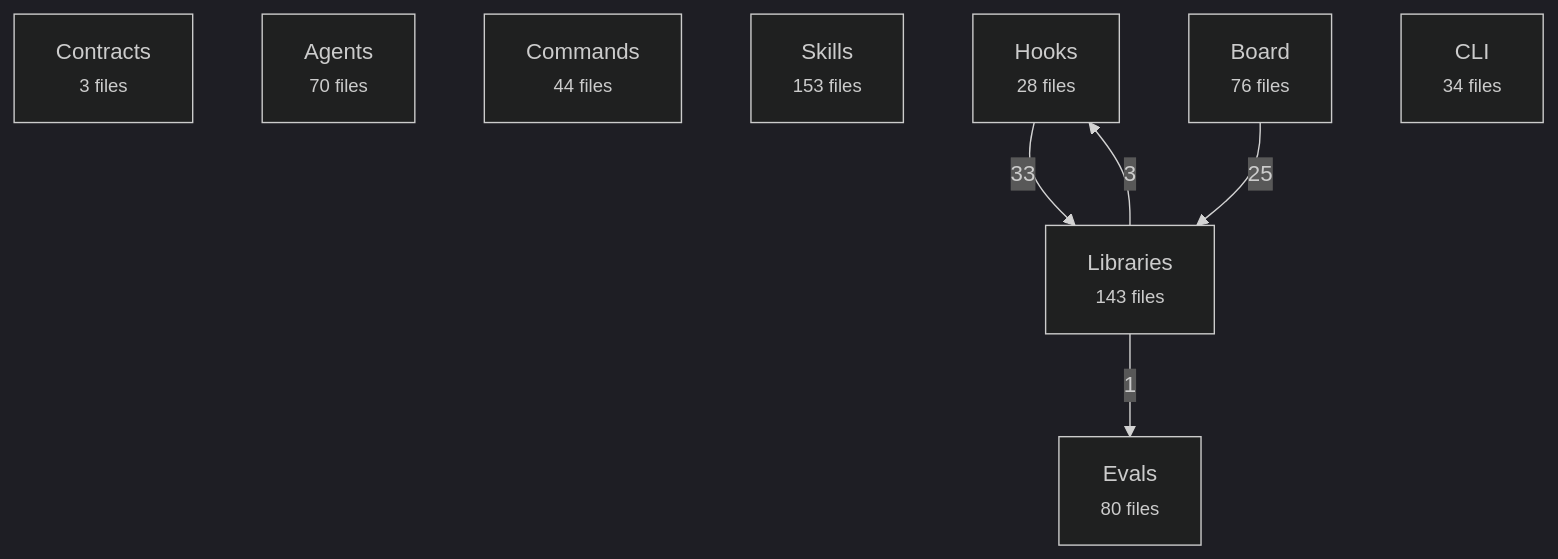
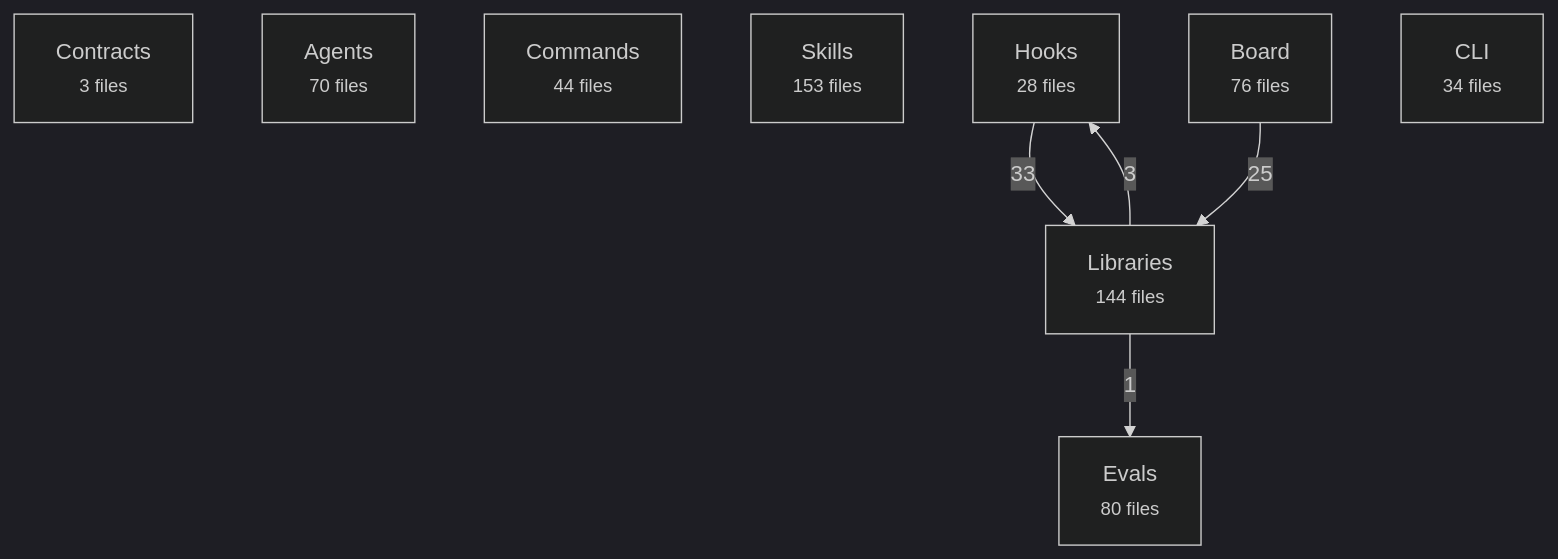
Before and after one commit to avelikiy/great_cto: the first of 2 diagrams in docs/reference/architecture-map.md, drawn with Mermaid (dark theme). The commit also changed other lines of this file and 11 other files, not shown here.

First line of the commit message:
feat(architect,codex): council architecture drafts (ADR-025) and stage context packets (ADR-026)

````diff
--- a/docs/reference/architecture-map.md
+++ b/docs/reference/architecture-map.md
@@ -20,16 +20,16 @@
 ```mermaid
 flowchart TD
   contracts["Contracts<br/><small>3 files</small>"]
   agents["Agents<br/><small>70 files</small>"]
   commands["Commands<br/><small>44 files</small>"]
   skills["Skills<br/><small>153 files</small>"]
   hooks["Hooks<br/><small>28 files</small>"]
-  libs["Libraries<br/><small>143 files</small>"]
+  libs["Libraries<br/><small>144 files</small>"]
   board["Board<br/><small>76 files</small>"]
   cli["CLI<br/><small>34 files</small>"]
   evals["Evals<br/><small>80 files</small>"]
   hooks -->|33| libs
   board -->|25| libs
   libs -->|3| hooks
   libs -->|1| evals
 ```
````
